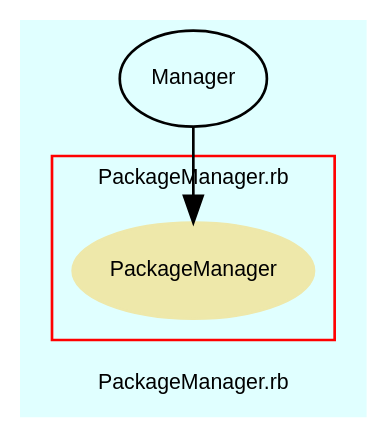
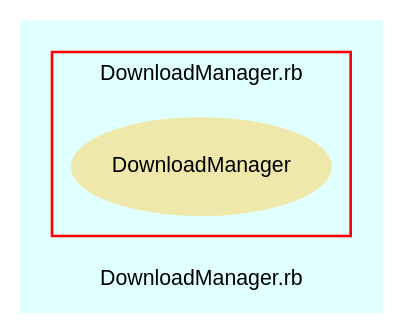
One commit to eschabell/abtlinux changed the diagram in src/trunk/doc/dot/f_2.dot. Above: the diagram before and after it, drawn with Graphviz. The commit also changed 27 other files, not shown here.

```diff
--- a/src/trunk/doc/dot/f_2.dot
+++ b/src/trunk/doc/dot/f_2.dot
@@ -1,37 +1,28 @@
 digraph TopLevel {
     compound = true
     bgcolor = lightcyan1
     fontname = Arial
     fontsize = 8
-    label = "PackageManager.rb"
+    label = "DownloadManager.rb"
     node [
         fontname = Arial,
         fontsize = 8,
         color = black
     ]
 
     subgraph cluster_3 {
         fontname = Arial
         color = red
-        label = "PackageManager.rb"
-        PackageManager [
+        label = "DownloadManager.rb"
+        DownloadManager [
             fontcolor = black,
-            URL = "classes/PackageManager.html",
+            URL = "classes/DownloadManager.html",
             shape = ellipse,
             color = palegoldenrod,
             style = filled,
-            label = "PackageManager"
+            label = "DownloadManager"
         ]
 
     }
 
-    Manager [
-        URL = "classes/Manager.html",
-        label = "Manager"
-    ]
-
-    Manager -> PackageManager [
-
-    ]
-
 }
```
